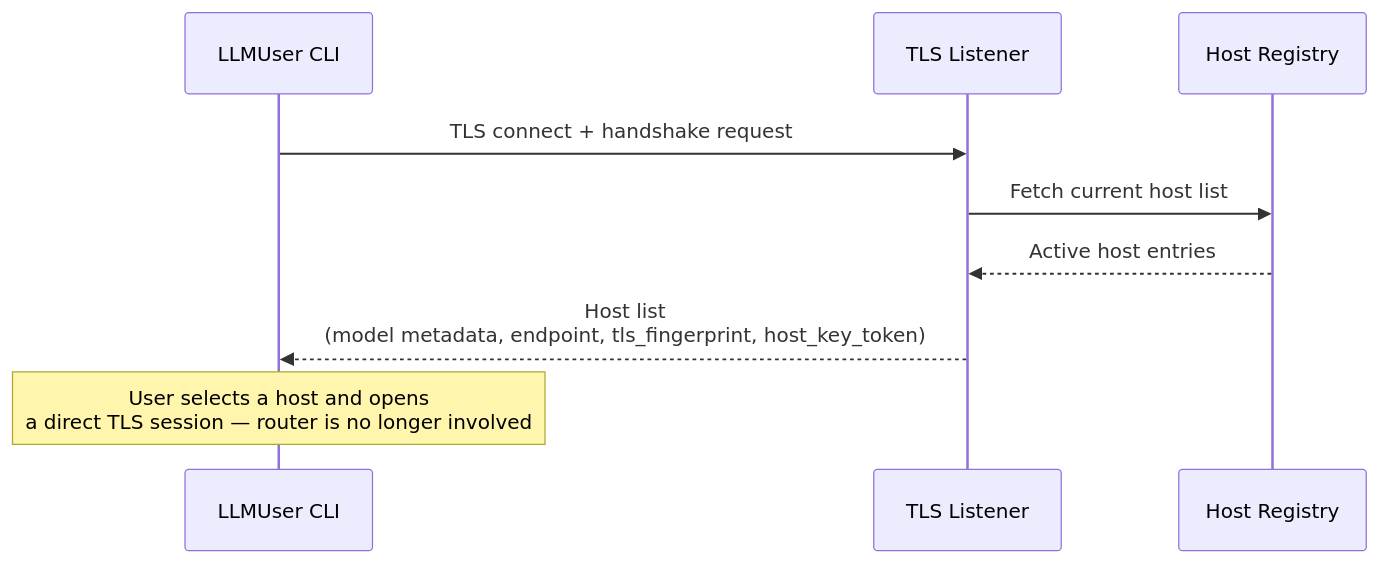
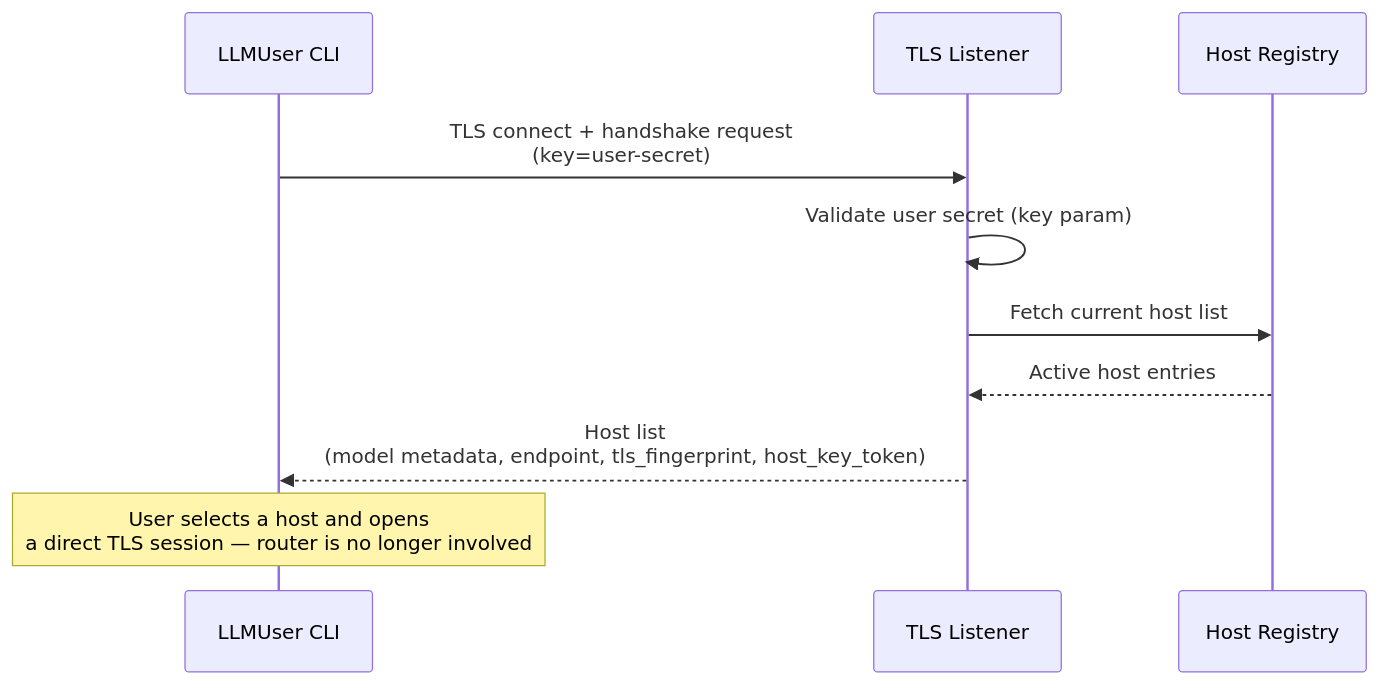
Before and after one commit to MartijnLammaing/ShareGrid: the third of 3 diagrams in docs/architecture_llmrouter.md, drawn with Mermaid. The commit also changed other lines of this file and 3 other files, not shown here.

````diff
--- a/docs/architecture_llmrouter.md
+++ b/docs/architecture_llmrouter.md
@@ -121,13 +125,14 @@
 ```mermaid
 sequenceDiagram
     participant U as LLMUser CLI
     participant TLS as TLS Listener
     participant HR as Host Registry
 
-    U->>TLS: TLS connect + handshake request
+    U->>TLS: TLS connect + handshake request<br/>(key=user-secret)
+    TLS->>TLS: Validate user secret (key param)
     TLS->>HR: Fetch current host list
     HR-->>TLS: Active host entries
     TLS-->>U: Host list<br/>(model metadata, endpoint, tls_fingerprint, host_key_token)
 
     Note over U: User selects a host and opens<br/>a direct TLS session — router is no longer involved
 ```
````
